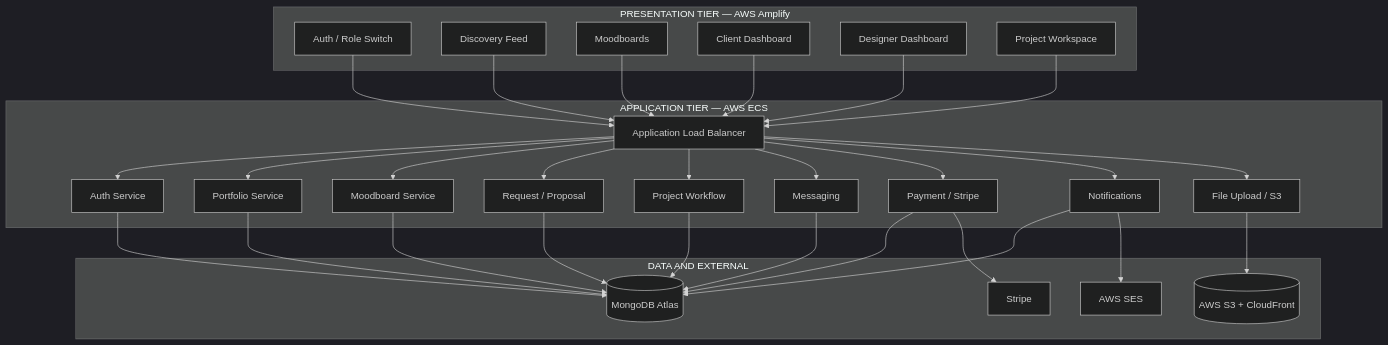
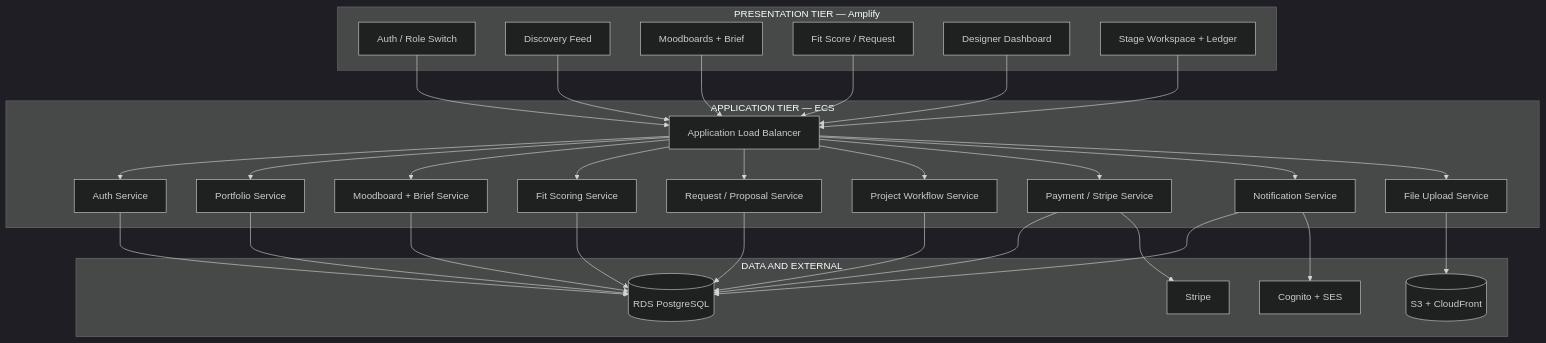
One commit to MNSBaanu/Inside changed the second of 2 diagrams in docs/Proposal/06-proposed-solution.md. Above: the diagram before and after it, drawn with Mermaid (dark theme). The commit also changed other lines of this file and 17 other files, not shown here.

````diff
--- a/docs/Proposal/06-proposed-solution.md
+++ b/docs/Proposal/06-proposed-solution.md
@@ -66,35 +87,35 @@
 ```mermaid
 flowchart TB
-    subgraph presentation ["PRESENTATION TIER — AWS Amplify"]
+    subgraph presentation ["PRESENTATION TIER — Amplify"]
         P1["Auth / Role Switch"]
         P2["Discovery Feed"]
-        P3["Moodboards"]
-        P4["Client Dashboard"]
+        P3["Moodboards + Brief"]
+        P4["Fit Score / Request"]
         P5["Designer Dashboard"]
-        P6["Project Workspace"]
+        P6["Stage Workspace + Ledger"]
     end
-    subgraph application ["APPLICATION TIER — AWS ECS"]
+    subgraph application ["APPLICATION TIER — ECS"]
         ALB["Application Load Balancer"]
         S1["Auth Service"]
         S2["Portfolio Service"]
-        S3["Moodboard Service"]
-        S4["Request / Proposal"]
-        S5["Project Workflow"]
-        S6["Messaging"]
-        S7["Payment / Stripe"]
-        S8["Notifications"]
-        S9["File Upload / S3"]
+        S3["Moodboard + Brief Service"]
+        S4["Fit Scoring Service"]
+        S5["Request / Proposal Service"]
+        S6["Project Workflow Service"]
+        S7["Payment / Stripe Service"]
+        S8["Notification Service"]
+        S9["File Upload Service"]
         ALB --> S1 & S2 & S3 & S4 & S5 & S6 & S7 & S8 & S9
     end
     subgraph data ["DATA AND EXTERNAL"]
-        D1[("MongoDB Atlas")]
-        D2[("AWS S3 + CloudFront")]
+        D1[("RDS PostgreSQL")]
+        D2[("S3 + CloudFront")]
         D3["Stripe"]
-        D4["AWS SES"]
+        D4["Cognito + SES"]
     end
     P1 & P2 & P3 & P4 & P5 & P6 --> ALB
     S1 & S2 & S3 & S4 & S5 & S6 & S7 & S8 --> D1
     S7 --> D3
     S8 --> D4
     S9 --> D2
 ```
````
